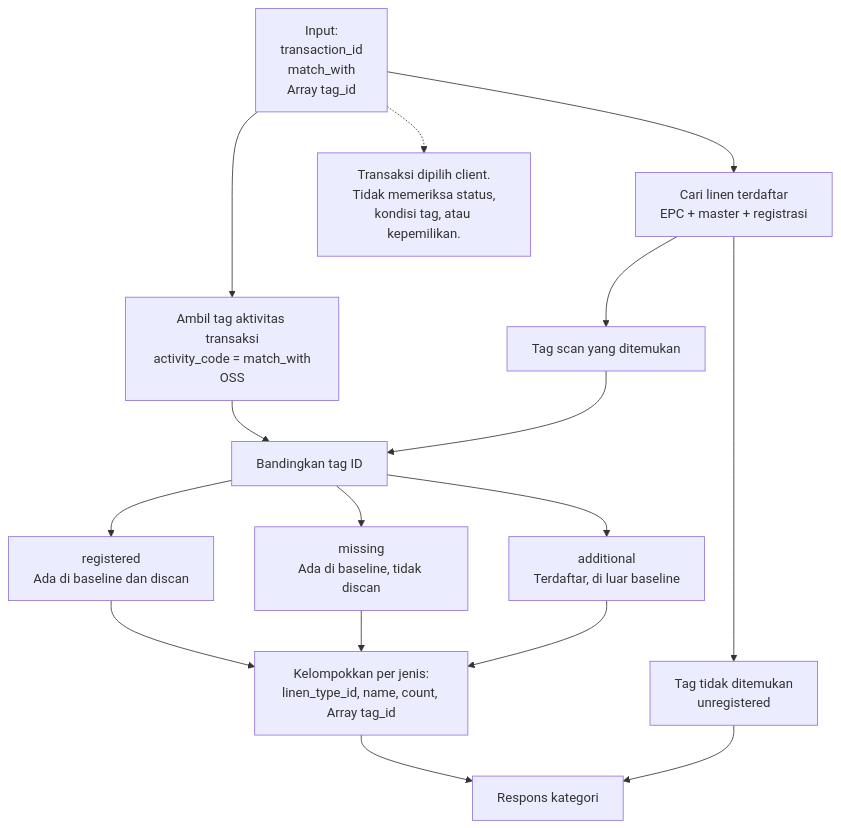
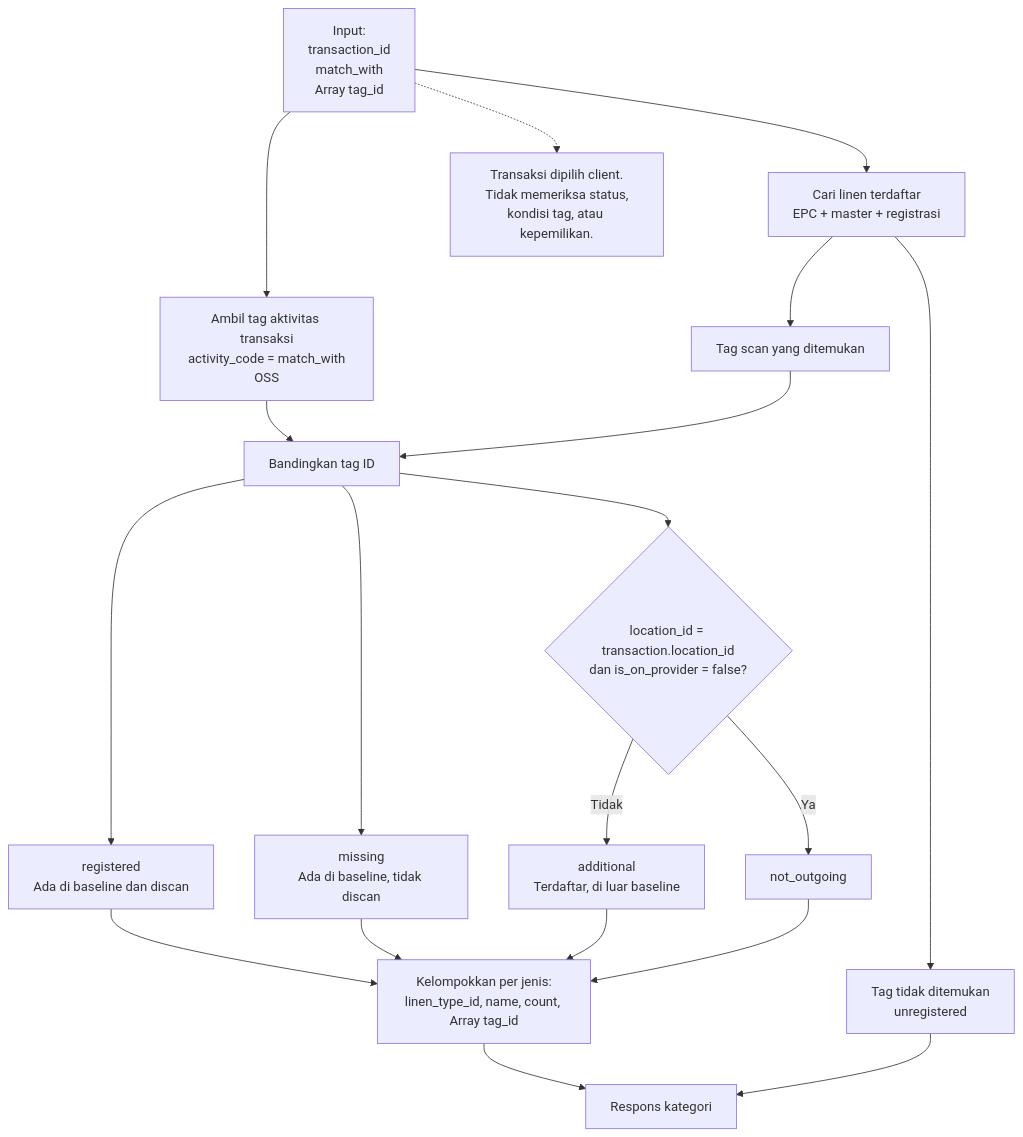
The first of 2 diagrams in laundry-activities/driver-pickup-soil.md (bagaskrmn/bac-flow-laundry), drawn with Mermaid before and after one commit. The commit also changed 1 other file, not shown here.

Commit message:
update OSS and DPS

````diff
--- a/laundry-activities/driver-pickup-soil.md
+++ b/laundry-activities/driver-pickup-soil.md
@@ -3,24 +3,28 @@
 ```mermaid
 flowchart TD
     N_IN["Input:<br/>transaction_id<br/>match_with<br/>Array tag_id"]
 
     N_IN --> N_MASTER["Cari linen terdaftar<br/>EPC + master + registrasi"]
     N_MASTER --> N_REGISTERED["Tag scan yang ditemukan"]
     N_MASTER --> N_UNREG["Tag tidak ditemukan<br/>unregistered"]
 
     N_IN --> N_BASE["Ambil tag aktivitas transaksi<br/>activity_code = match_with<br/>OSS"]
     N_BASE --> N_COMP["Bandingkan tag ID"]
     N_REGISTERED --> N_COMP
 
     N_COMP --> N_MATCH["registered<br/>Ada di baseline dan discan"]
     N_COMP --> N_MISS["missing<br/>Ada di baseline, tidak discan"]
-    N_COMP --> N_ADD["additional<br/>Terdaftar, di luar baseline"]
+    N_COMP --> N_CHECK_ADD{"location_id = transaction.location_id<br/>dan is_on_provider = false?"}
+
+    N_CHECK_ADD -->|Ya| N_NOT_OUT["not_outgoing"]
+    N_CHECK_ADD -->|Tidak| N_ADD["additional<br/>Terdaftar, di luar baseline"]
 
     N_MATCH --> N_GROUP["Kelompokkan per jenis:<br/>linen_type_id, name, count, Array tag_id"]
     N_MISS --> N_GROUP
     N_ADD --> N_GROUP
+    N_NOT_OUT --> N_GROUP
     N_GROUP --> N_RES["Respons kategori"]
     N_UNREG --> N_RES
 
     N_IN -.-> N_RULE["Transaksi dipilih client.<br/>Tidak memeriksa status,<br/>kondisi tag, atau kepemilikan."]
 ```
````
